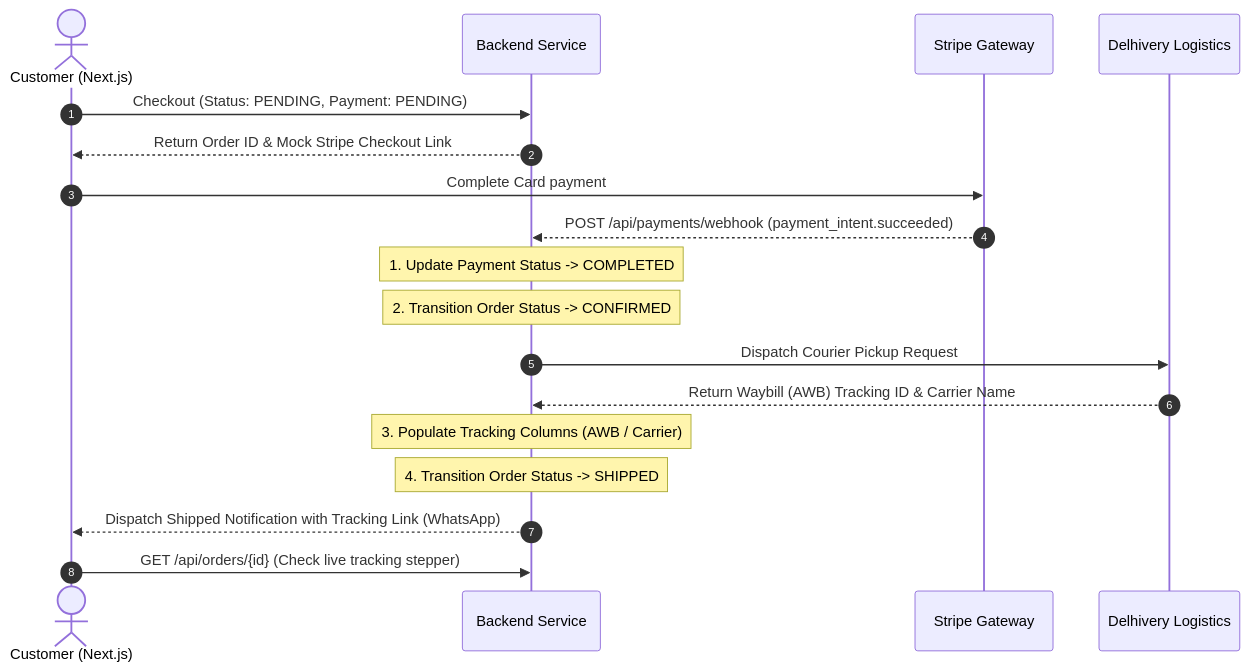
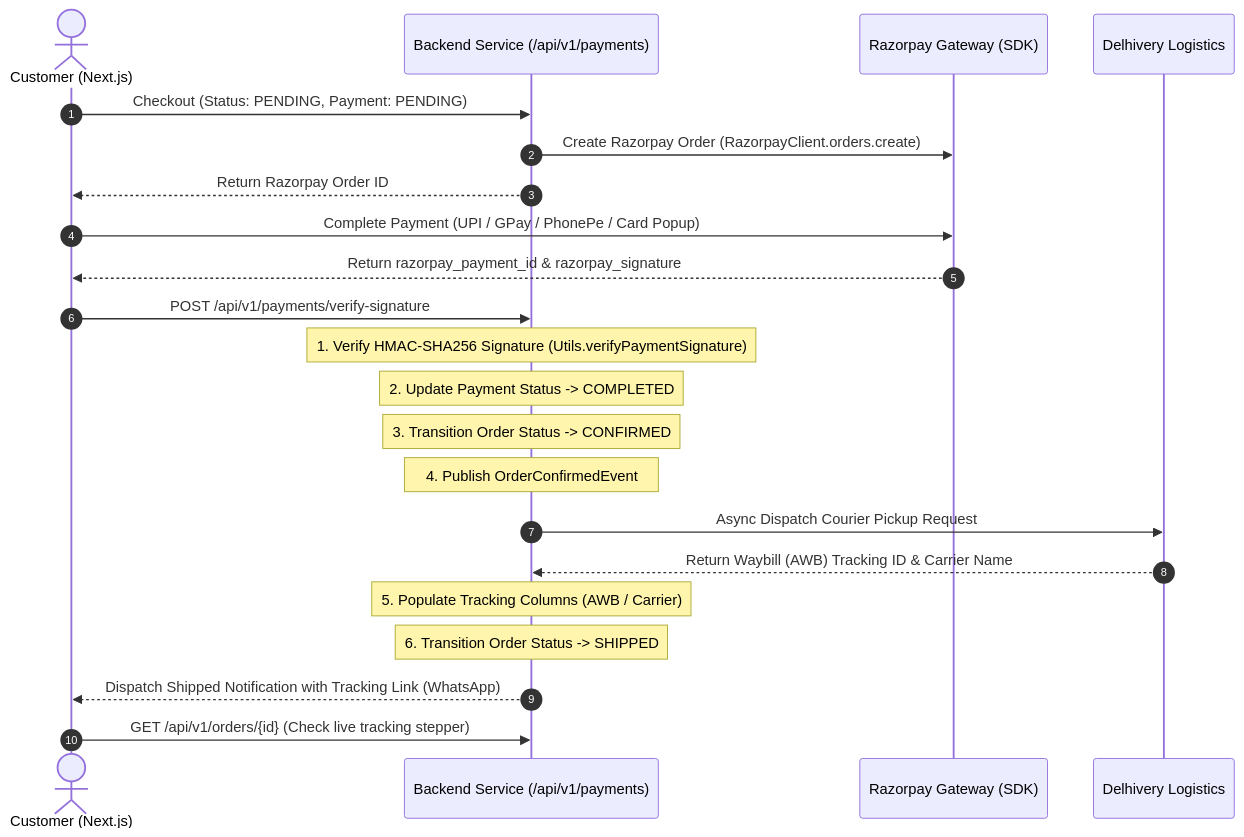
One commit to neeraj057/madhurgram-backend changed the diagram in docs/features/payments_and_logistics_integration.md. Above: the diagram before and after it, drawn with Mermaid. The commit also changed other lines of this file and 7 other files, not shown here.

Commit message:
docs: add production readiness section for razorpay checkout

````diff
--- a/docs/features/payments_and_logistics_integration.md
+++ b/docs/features/payments_and_logistics_integration.md
@@ -12,21 +12,25 @@
 ```mermaid
 sequenceDiagram
     autonumber
     actor Customer as Customer (Next.js)
-    participant App as Backend Service
-    participant Stripe as Stripe Gateway
+    participant App as Backend Service (/api/v1/payments)
+    participant Razorpay as Razorpay Gateway (SDK)
     participant Delhivery as Delhivery Logistics
 
     Customer->>App: Checkout (Status: PENDING, Payment: PENDING)
-    App-->>Customer: Return Order ID & Mock Stripe Checkout Link
-    Customer->>Stripe: Complete Card payment
-    Stripe-->>App: POST /api/payments/webhook (payment_intent.succeeded)
-    Note over App: 1. Update Payment Status -> COMPLETED
-    Note over App: 2. Transition Order Status -> CONFIRMED
-    App->>Delhivery: Dispatch Courier Pickup Request
+    App->>Razorpay: Create Razorpay Order (RazorpayClient.orders.create)
+    App-->>Customer: Return Razorpay Order ID
+    Customer->>Razorpay: Complete Payment (UPI / GPay / PhonePe / Card Popup)
+    Razorpay-->>Customer: Return razorpay_payment_id & razorpay_signature
+    Customer->>App: POST /api/v1/payments/verify-signature
+    Note over App: 1. Verify HMAC-SHA256 Signature (Utils.verifyPaymentSignature)
+    Note over App: 2. Update Payment Status -> COMPLETED
+    Note over App: 3. Transition Order Status -> CONFIRMED
+    Note over App: 4. Publish OrderConfirmedEvent
+    App->>Delhivery: Async Dispatch Courier Pickup Request
     Delhivery-->>App: Return Waybill (AWB) Tracking ID & Carrier Name
-    Note over App: 3. Populate Tracking Columns (AWB / Carrier)
-    Note over App: 4. Transition Order Status -> SHIPPED
+    Note over App: 5. Populate Tracking Columns (AWB / Carrier)
+    Note over App: 6. Transition Order Status -> SHIPPED
     App-->>Customer: Dispatch Shipped Notification with Tracking Link (WhatsApp)
-    Customer->>App: GET /api/orders/{id} (Check live tracking stepper)
+    Customer->>App: GET /api/v1/orders/{id} (Check live tracking stepper)
 ```
````
